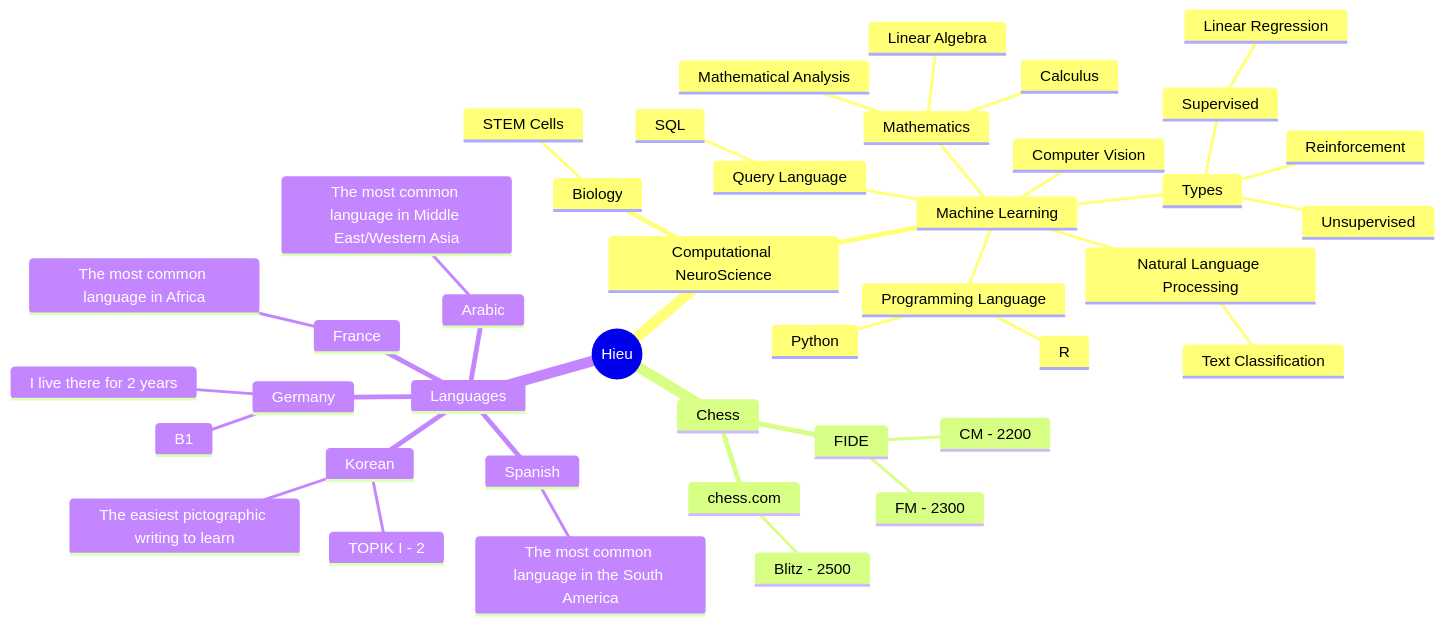
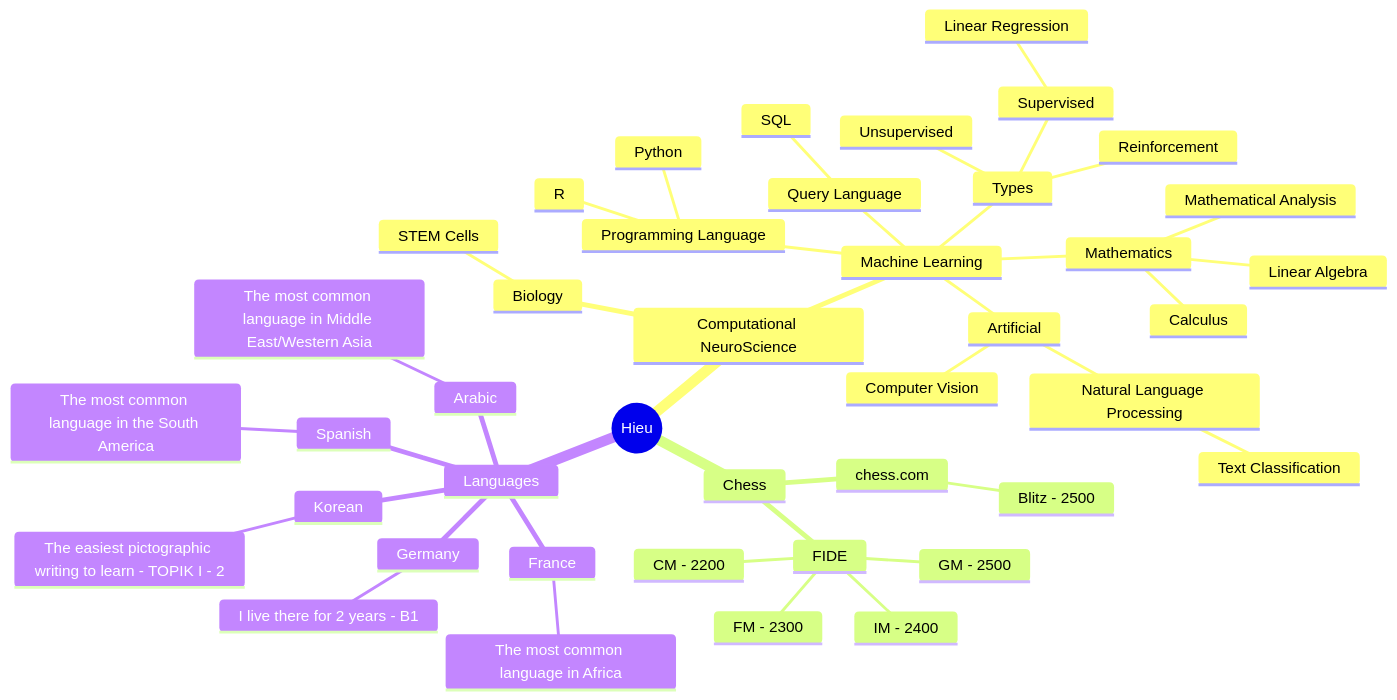
One commit to hieudoanm/hieudoanm.archived changed the diagram in markdown/personal/README.md. Above: the diagram before and after it, drawn with Mermaid. The commit also changed 8 other files, not shown here.

````diff
--- a/markdown/personal/README.md
+++ b/markdown/personal/README.md
@@ -3,44 +3,45 @@
 ```mermaid
 mindmap
   root((Hieu))
     Computational NeuroScience
       Biology
         STEM Cells
       Machine Learning
         Programming Language
           Python
           R
         Query Language
           SQL
         Mathematics
           Linear Algebra
           Calculus
           Mathematical Analysis
         Types
           Supervised
             Linear Regression
           Unsupervised
           Reinforcement
-        Natural Language Processing
-          Text Classification
-        Computer Vision
+        Artificial
+          Natural Language Processing
+            Text Classification
+          Computer Vision
     Chess
       chess.com
         Blitz - 2500
       FIDE
         CM - 2200
         FM - 2300
+        IM - 2400
+        GM - 2500
     Languages
       Germany
-        B1
-        I live there for 2 years
+        I live there for 2 years - B1
       Korean
-        TOPIK I - 2
-        The easiest pictographic writing to learn
+        The easiest pictographic writing to learn - TOPIK I - 2
       Spanish
         The most common language in the South America
       France
         The most common language in Africa
       Arabic
         The most common language in Middle East/Western Asia
 ```
````
